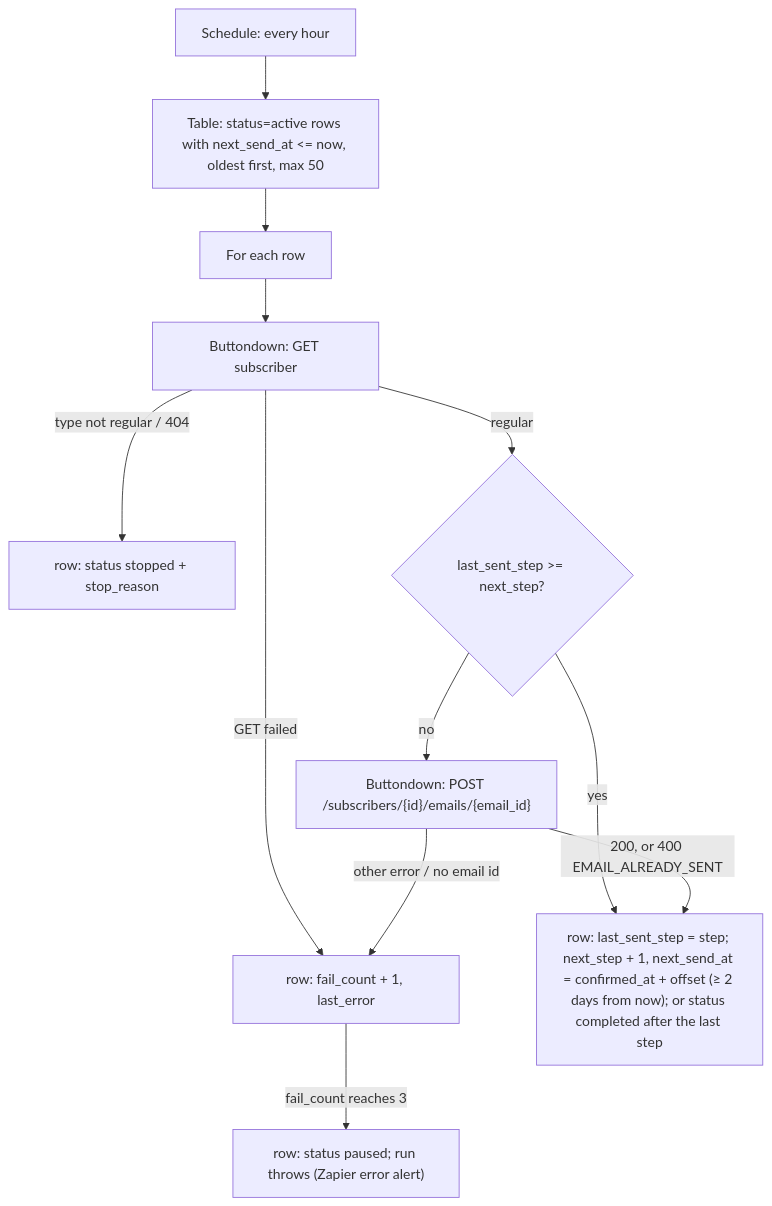
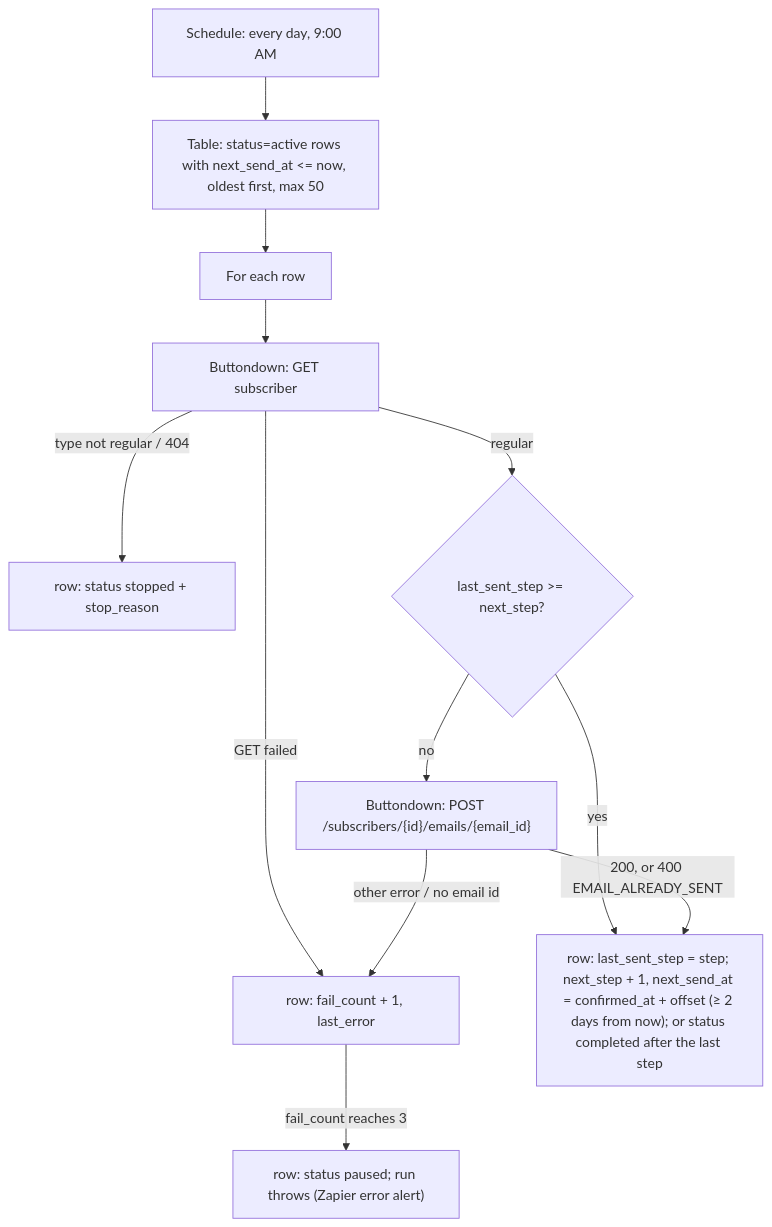
One commit to work-flowers/zapier-sdk changed the diagram in flow-statements-welcome-sender/README.md. Above: the diagram before and after it, drawn with Mermaid. The commit also changed other lines of this file and 16 other files, not shown here.

````diff
--- a/flow-statements-welcome-sender/README.md
+++ b/flow-statements-welcome-sender/README.md
@@ -43,14 +45,14 @@
 ```mermaid
 flowchart TD
-  A[Schedule: every hour] --> B["Table: status=active rows with next_send_at <= now, oldest first, max 50"]
+  A[Schedule: every day, 9:00 AM] --> B["Table: status=active rows with next_send_at <= now, oldest first, max 50"]
   B --> C[For each row]
   C --> D[Buttondown: GET subscriber]
   D -- "type not regular / 404" --> STOP["row: status stopped + stop_reason"]
   D -- GET failed --> FAIL
   D -- regular --> E{last_sent_step >= next_step?}
   E -- yes --> ADV
   E -- no --> F["Buttondown: POST /subscribers/{id}/emails/{email_id}"]
   F -- "200, or 400 EMAIL_ALREADY_SENT" --> ADV["row: last_sent_step = step; next_step + 1, next_send_at = confirmed_at + offset (≥ 2 days from now); or status completed after the last step"]
   F -- other error / no email id --> FAIL["row: fail_count + 1, last_error"]
   FAIL -- "fail_count reaches 3" --> PAUSE["row: status paused; run throws (Zapier error alert)"]
 ```
````
